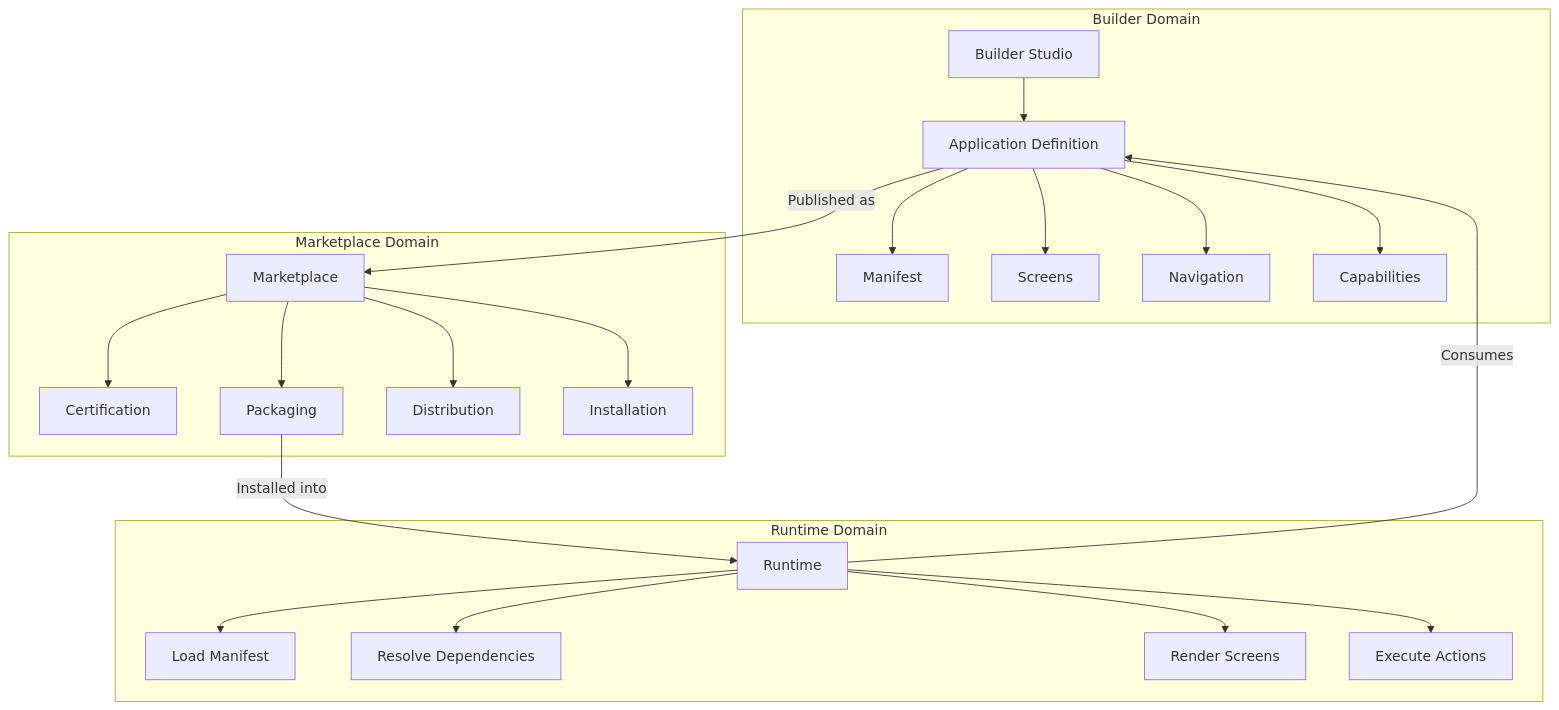
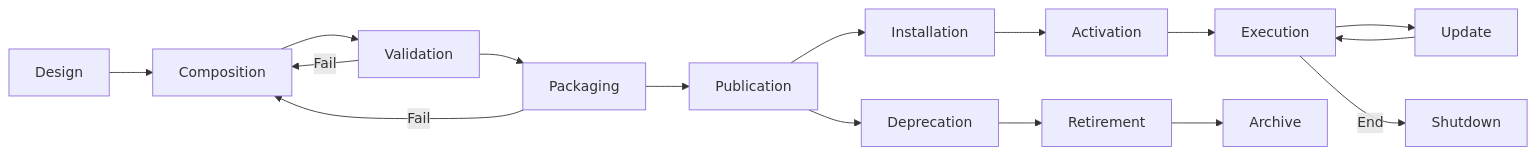
One commit to DukaDesk/KNOWLEDGE-BASE changed the fourth of 10 diagrams in ARCHITECTURE/application-architecture-overview.md. Above: the diagram before and after it, drawn with Mermaid. The commit also changed other lines of this file and 1 other file, not shown here.

First line of the commit message:
KB-041 Application Architecture Overview: production-quality rewrite

````diff
--- a/ARCHITECTURE/application-architecture-overview.md
+++ b/ARCHITECTURE/application-architecture-overview.md
@@ -796,31 +1198,19 @@
 ```mermaid
-graph TD
-    subgraph "Builder Domain"
-        B[Builder Studio]
-        B --> AD[Application Definition]
-        AD --> MAN2[Manifest]
-        AD --> SCR2[Screens]
-        AD --> NAV2[Navigation]
-        AD --> CAP2[Capabilities]
-    end
+flowchart LR
+    DESIGN[Design] --> COMP[Composition]
+    COMP --> VAL[Validation]
+    VAL --> PKG[Packaging]
+    PKG --> PUB[Publication]
+    PUB --> INST[Installation]
+    INST --> ACT[Activation]
+    ACT --> EXEC[Execution]
+    EXEC --> UPD[Update]
+    UPD --> EXEC
+    PUB --> DEP[Deprecation]
+    DEP --> RET[Retirement]
+    RET --> ARCH[Archive]
 
-    subgraph "Marketplace Domain"
-        MP[Marketplace]
-        MP --> CERT[Certification]
-        MP --> PKG2[Packaging]
-        MP --> DIST[Distribution]
-        MP --> INST2[Installation]
-    end
-
-    subgraph "Runtime Domain"
-        RT[Runtime]
-        RT --> LOAD[Load Manifest]
-        RT --> RESOLVE[Resolve Dependencies]
-        RT --> RENDER[Render Screens]
-        RT --> EXEC[Execute Actions]
-    end
-
-    AD -->|Published as| MP
-    PKG2 -->|Installed into| RT
-    RT -->|Consumes| AD
+    VAL -->|Fail| COMP
+    PKG -->|Fail| COMP
+    EXEC -->|End| SHUT[Shutdown]
 ```
````
